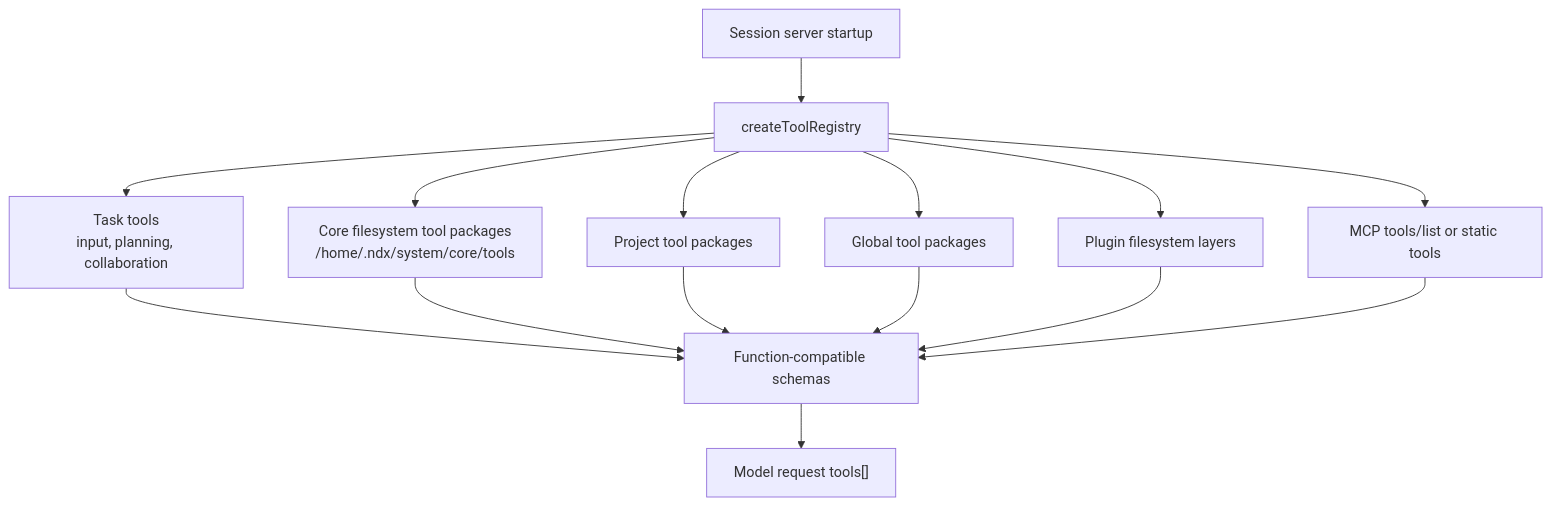
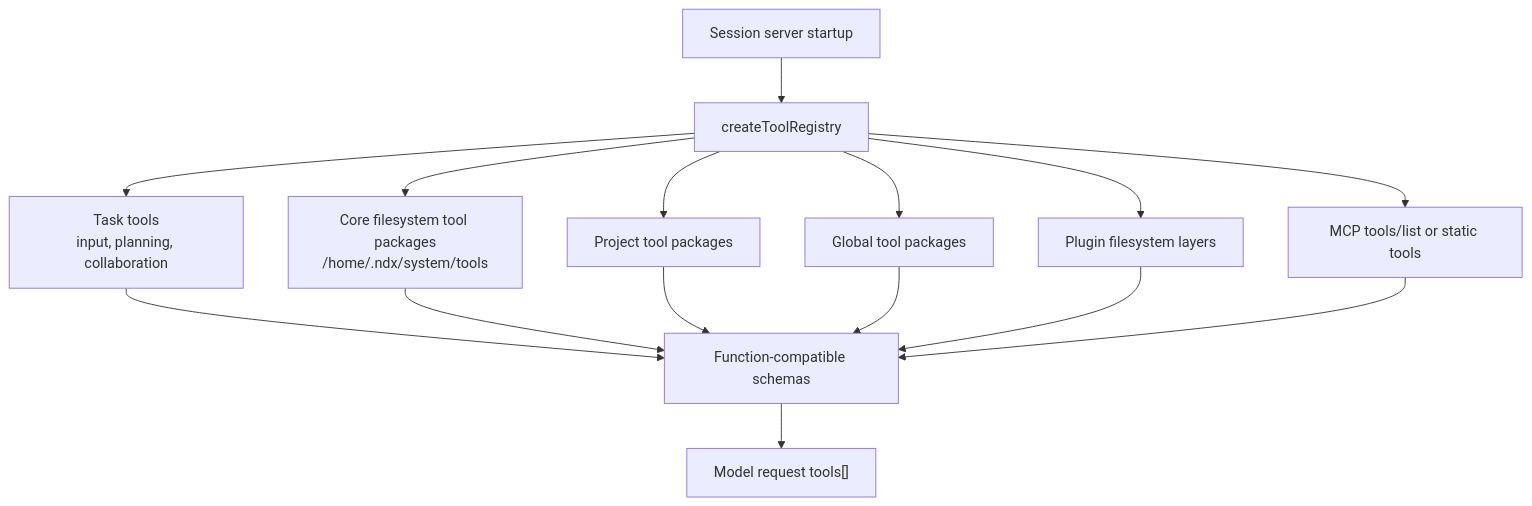
Diagram 12 of 20 in docs/system-architecture-ko.md (hikaMaeng/ndx), drawn with Mermaid before and after one commit. The commit also changed other lines of this file and 31 other files, not shown here.

````diff
--- a/docs/system-architecture-ko.md
+++ b/docs/system-architecture-ko.md
@@ -498,28 +485,28 @@
 ```mermaid
 flowchart TB
   startup["Session server startup"]
   registry["createToolRegistry"]
   task["Task tools\ninput, planning, collaboration"]
-  core["Core filesystem tool packages\n/home/.ndx/system/core/tools"]
+  core["Core filesystem tool packages\n/home/.ndx/system/tools"]
   project["Project tool packages"]
   global["Global tool packages"]
   plugin["Plugin filesystem layers"]
   mcp["MCP tools/list or static tools"]
   schemas["Function-compatible schemas"]
   model["Model request tools[]"]
 
   startup --> registry
   registry --> task
   registry --> core
   registry --> project
   registry --> global
   registry --> plugin
   registry --> mcp
   task --> schemas
   core --> schemas
   project --> schemas
   global --> schemas
   plugin --> schemas
   mcp --> schemas
   schemas --> model
 ```
````
